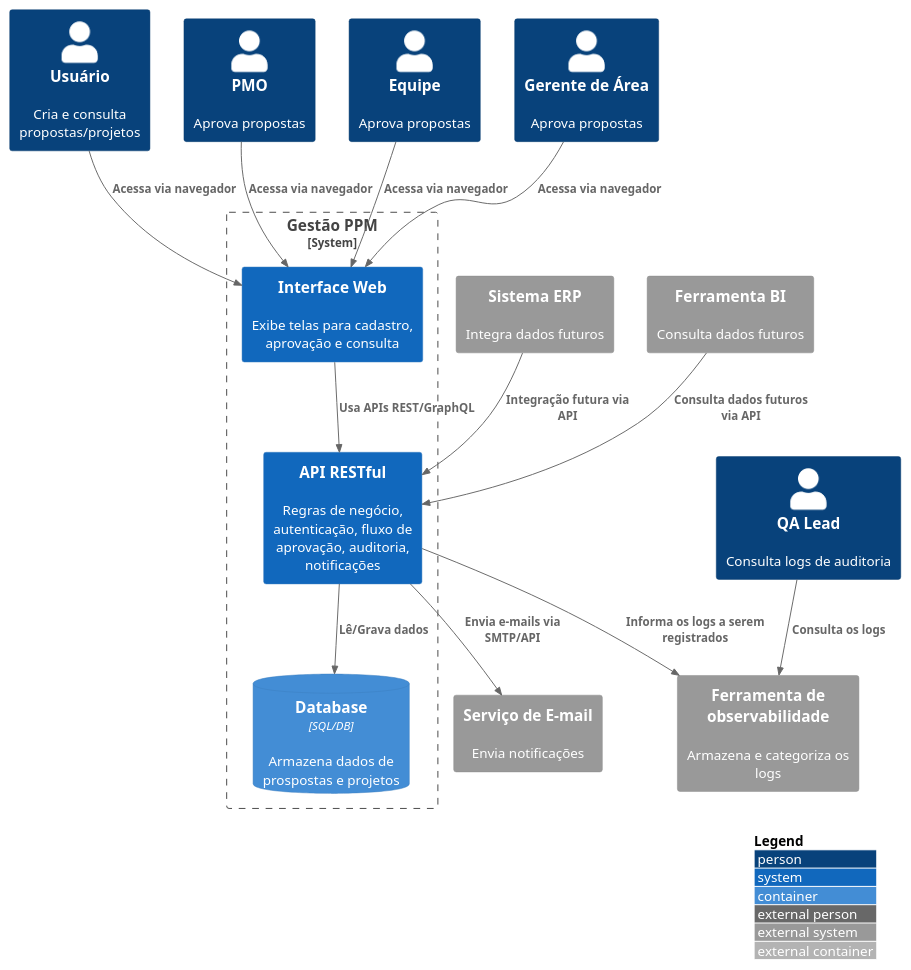
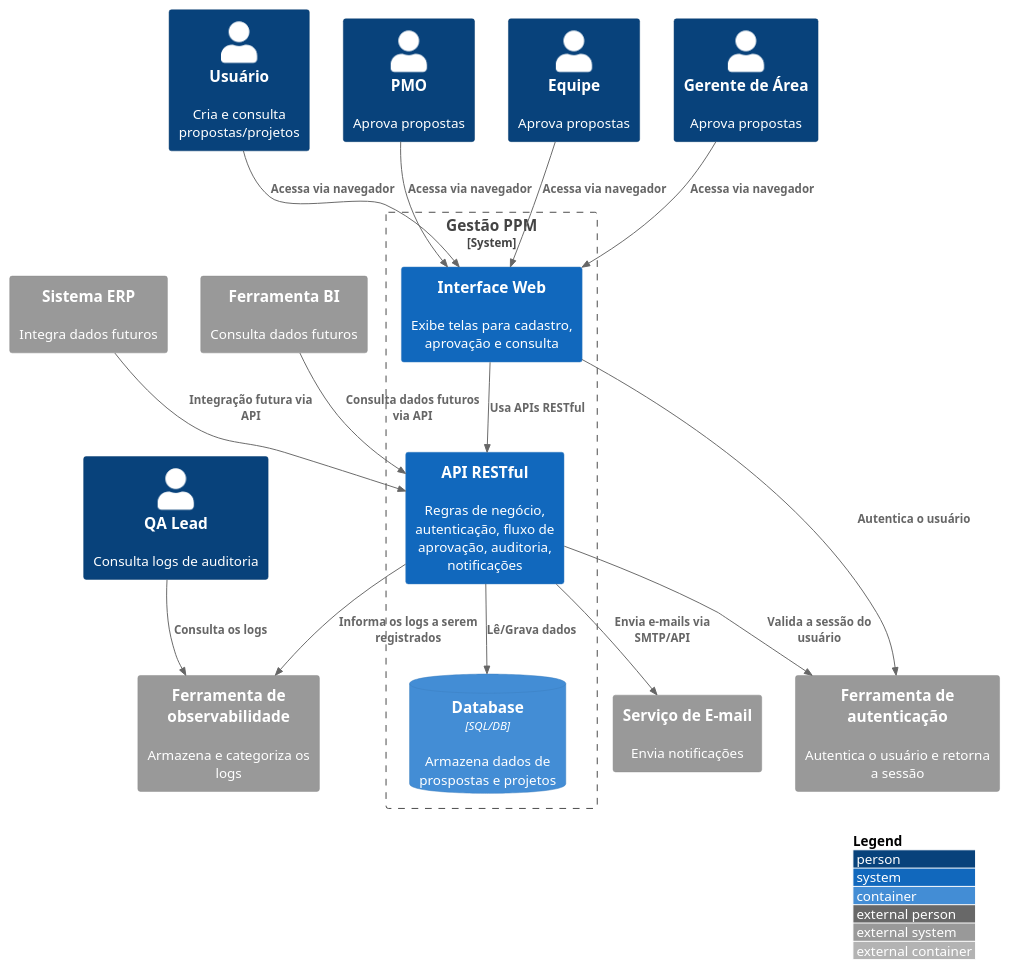
Before and after one commit to Hiago75/ppm-lab-project: the diagram in docs/02_Arquitetura/C4-2-Diagrama-de-Containers-v1.0.puml, drawn with PlantUML. The commit also changed 1 other file, not shown here.

Commit message:
update the diagrams in order to contain auth

```diff
--- a/docs/02_Arquitetura/C4-2-Diagrama-de-Containers-v1.0.puml
+++ b/docs/02_Arquitetura/C4-2-Diagrama-de-Containers-v1.0.puml
@@ -1,35 +1,38 @@
 @startuml C4-2-Diagrama-de-containers
 !include https://raw.githubusercontent.com/plantuml-stdlib/C4-PlantUML/master/C4_Container.puml
 
 Person(User, "Usuário", "Cria e consulta propostas/projetos")
 Person(PMO, "PMO", "Aprova propostas")
 Person(Team, "Equipe", "Aprova propostas")
 Person(Manager, "Gerente de Área", "Aprova propostas")
 Person(QA, "QA Lead", "Consulta logs de auditoria")
 
 System_Boundary(s1, "Gestão PPM") {
   System(FrontEnd, "Interface Web", "Exibe telas para cadastro, aprovação e consulta")
   System(BackEnd, "API RESTful", "Regras de negócio, autenticação, fluxo de aprovação, auditoria, notificações")
   ContainerDb(Database, "Database", "SQL/DB", "Armazena dados de prospostas e projetos")
 }
 
 System_Ext(Email, "Serviço de E-mail", "Envia notificações")
 System_Ext(ERP, "Sistema ERP", "Integra dados futuros")
 System_Ext(BI, "Ferramenta BI", "Consulta dados futuros")
 System_Ext(Monitoring, "Ferramenta de observabilidade", "Armazena e categoriza os logs")
+System_Ext(Auth, "Ferramenta de autenticação", "Autentica o usuário e retorna a sessão")
 
 Rel(User, FrontEnd, "Acessa via navegador", "")
 Rel(PMO, FrontEnd, "Acessa via navegador", "")
 Rel(Team, FrontEnd, "Acessa via navegador", "")
 Rel(Manager, FrontEnd, "Acessa via navegador", "")
 Rel(QA, Monitoring, "Consulta os logs", "")
 
-Rel(FrontEnd, BackEnd, "Usa APIs REST/GraphQL")
+Rel(FrontEnd, Auth, "Autentica o usuário")
+Rel(BackEnd, Auth, "Valida a sessão do usuário")
+Rel(FrontEnd, BackEnd, "Usa APIs RESTful")
 Rel(BackEnd, Database, "Lê/Grava dados")
 Rel(BackEnd, Email, "Envia e-mails via SMTP/API")
 Rel(ERP, BackEnd, "Integração futura via API")
 Rel(BI, BackEnd, "Consulta dados futuros via API")
 Rel(BackEnd, Monitoring, "Informa os logs a serem registrados")
 
 LAYOUT_WITH_LEGEND()
 @enduml
```
